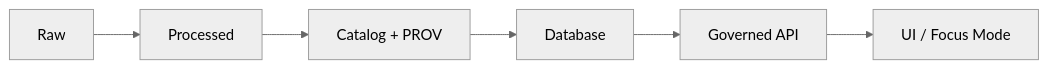
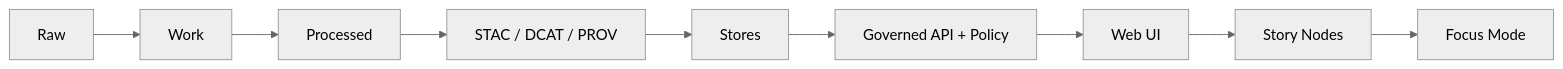
Before and after one commit to bartytime4life/Kansas-Frontier-Matrix: the second of 2 diagrams in docs/README.md, drawn with Mermaid (neutral theme). The commit also changed other lines of this file, not shown here.

````diff
--- a/docs/README.md
+++ b/docs/README.md
@@ -161,8 +266,10 @@
 ```mermaid
 flowchart LR
-  Raw[Raw] --> Processed[Processed]
-  Processed --> CatalogProv[Catalog + PROV]
-  CatalogProv --> DB[Database]
-  DB --> API[Governed API]
-  API --> UI[UI / Focus Mode]
+  Raw[Raw] --> Work[Work] --> Processed[Processed]
+  Processed --> Catalogs[STAC / DCAT / PROV]
+  Catalogs --> Stores[Stores]
+  Stores --> API[Governed API + Policy]
+  API --> UI[Web UI]
+  UI --> Stories[Story Nodes]
+  Stories --> Focus[Focus Mode]
 ```
````
